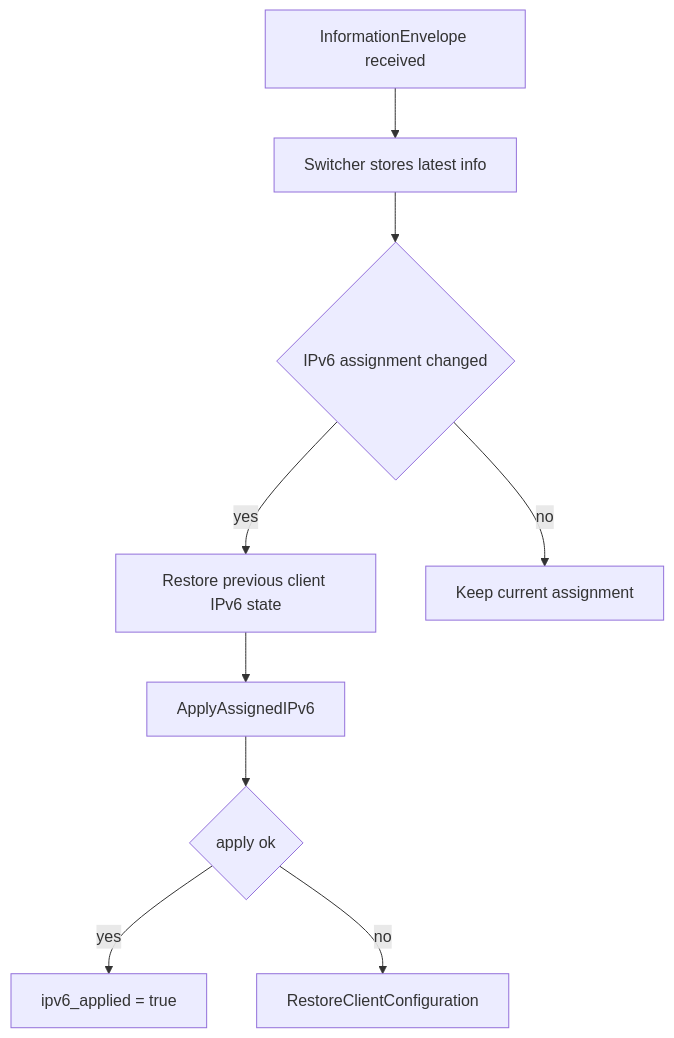
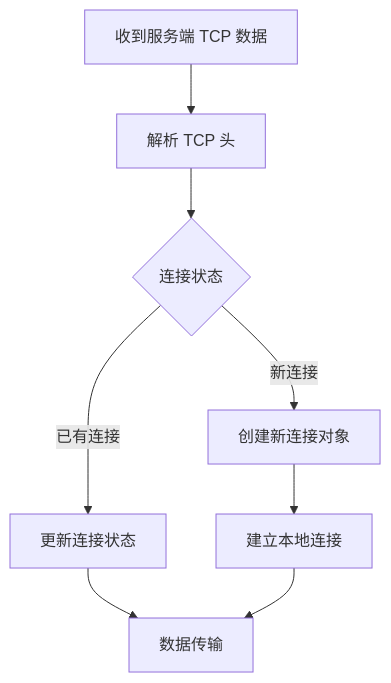
The sixth of 12 diagrams in docs/CLIENT_ARCHITECTURE_CN.md (HyacinthHaru/openppp2), drawn with Mermaid before and after one commit. The commit also changed other lines of this file and 31 other files, not shown here.

````diff
--- a/docs/CLIENT_ARCHITECTURE_CN.md
+++ b/docs/CLIENT_ARCHITECTURE_CN.md
@@ -296,11 +250,10 @@
 ```mermaid
 flowchart TD
-    A[InformationEnvelope received] --> B[Switcher stores latest info]
-    B --> C{IPv6 assignment changed}
-    C -- yes --> D[Restore previous client IPv6 state]
-    D --> E[ApplyAssignedIPv6]
-    E --> F{apply ok}
-    F -- yes --> G[ipv6_applied = true]
-    F -- no --> H[RestoreClientConfiguration]
-    C -- no --> I[Keep current assignment]
+    A[收到服务端 TCP 数据] --> B[解析 TCP 头]
+    B --> C{连接状态}
+    C -->|新连接| D[创建新连接对象]
+    C -->|已有连接| E[更新连接状态]
+    D --> F[建立本地连接]
+    E --> G[数据传输]
+    F --> G
 ```
````
